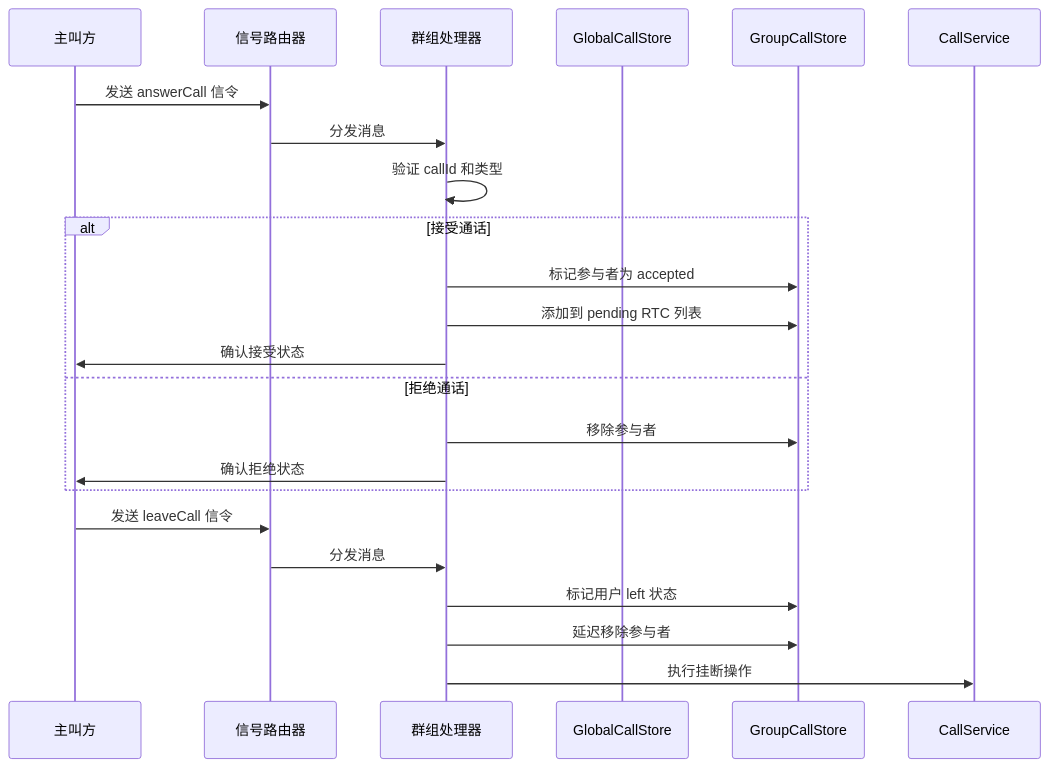
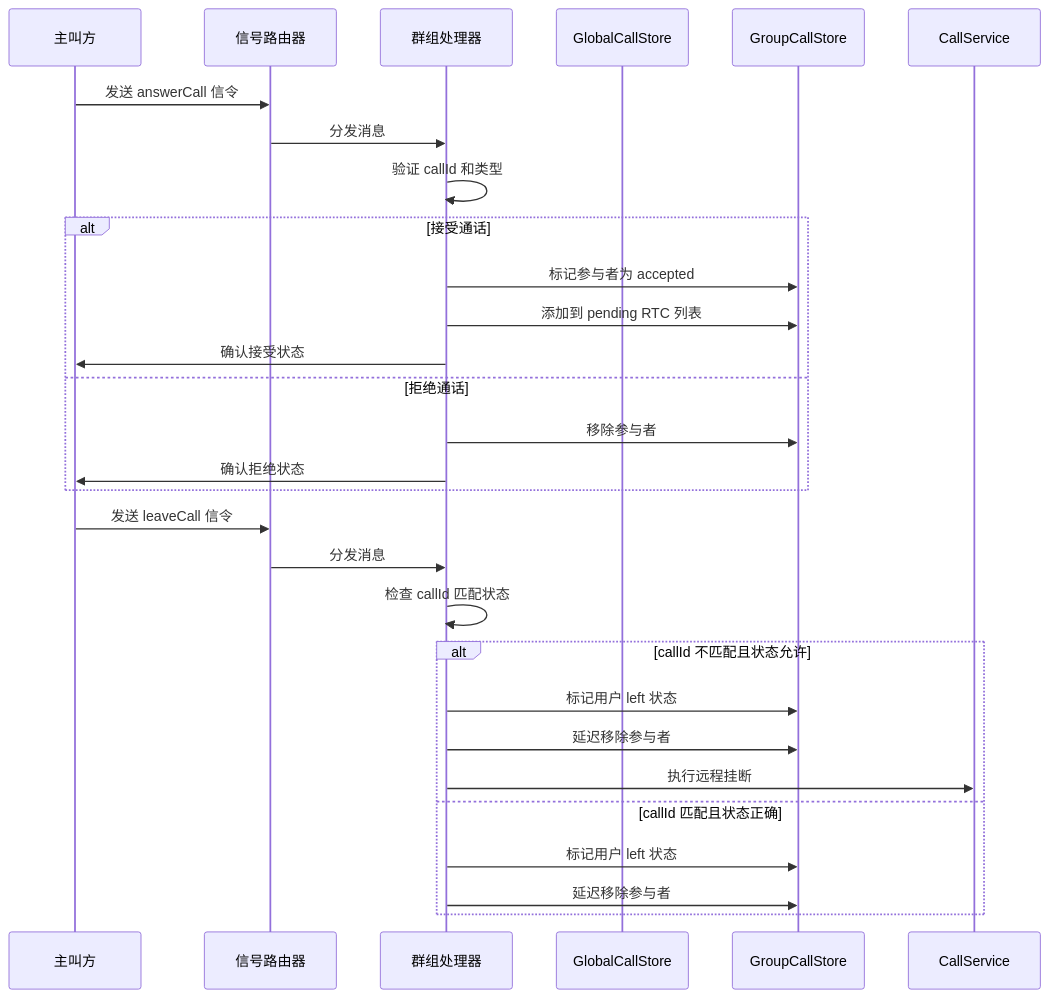
One commit to Easemob-Community/easemob-uikit-callkit-vue3 changed the third of 17 diagrams in .qoder/repowiki/zh/content/高级功能/群组通话信号处理器.md. Above: the diagram before and after it, drawn with Mermaid. The commit also changed other lines of this file and 12 other files, not shown here.

First line of the commit message:
feat: call / groupCall 支持主动传入 caller userInfo

````diff
--- a/.qoder/repowiki/zh/content/高级功能/群组通话信号处理器.md
+++ b/.qoder/repowiki/zh/content/高级功能/群组通话信号处理器.md
@@ -158,25 +161,31 @@
 ```mermaid
 sequenceDiagram
 participant Caller as 主叫方
 participant Router as 信号路由器
 participant Handler as 群组处理器
 participant GlobalStore as GlobalCallStore
 participant GroupStore as GroupCallStore
 participant Service as CallService
 Caller->>Router : 发送 answerCall 信令
 Router->>Handler : 分发消息
 Handler->>Handler : 验证 callId 和类型
 alt 接受通话
 Handler->>GroupStore : 标记参与者为 accepted
 Handler->>GroupStore : 添加到 pending RTC 列表
 Handler->>Caller : 确认接受状态
 else 拒绝通话
 Handler->>GroupStore : 移除参与者
 Handler->>Caller : 确认拒绝状态
 end
 Caller->>Router : 发送 leaveCall 信令
 Router->>Handler : 分发消息
+Handler->>Handler : 检查 callId 匹配状态
+alt callId 不匹配且状态允许
 Handler->>GroupStore : 标记用户 left 状态
 Handler->>GroupStore : 延迟移除参与者
-Handler->>Service : 执行挂断操作
+Handler->>Service : 执行远程挂断
+else callId 匹配且状态正确
+Handler->>GroupStore : 标记用户 left 状态
+Handler->>GroupStore : 延迟移除参与者
+end
 ```
````
